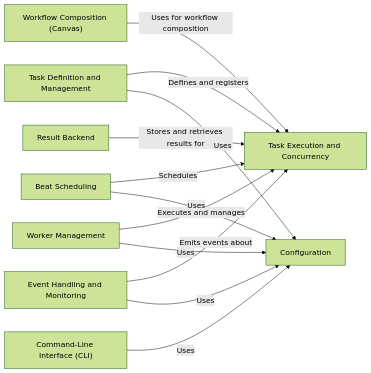
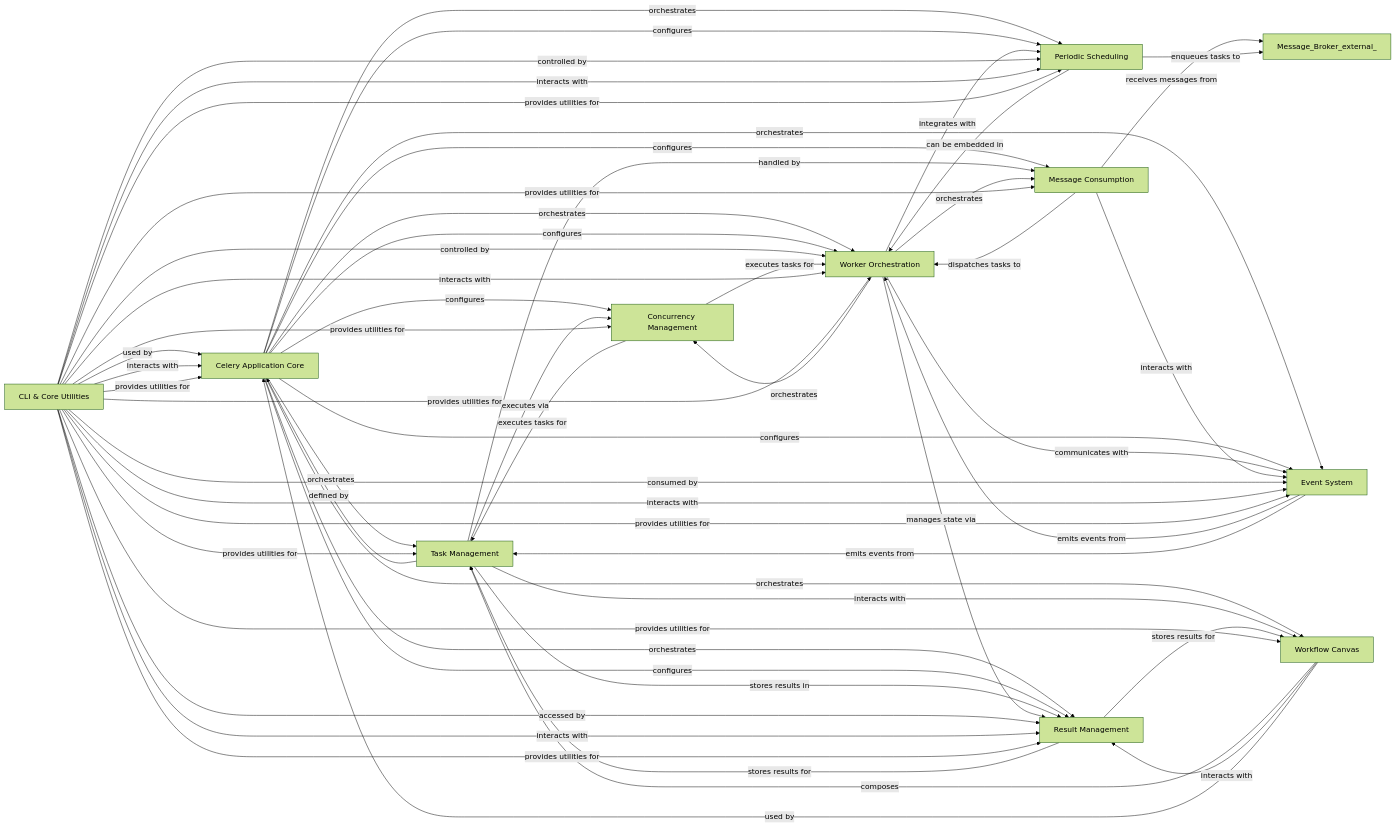
The diagram in celery/on_boarding.md (CodeBoarding/GeneratedOnBoardings), drawn with Mermaid (forest theme) before and after one commit. The commit also changed other lines of this file and 19 other files, not shown here.

````diff
--- a/celery/on_boarding.md
+++ b/celery/on_boarding.md
@@ -1,32 +1,78 @@
 ```mermaid
 graph LR
-    Task_Definition_and_Management["Task Definition and Management"]
-    Task_Execution_and_Concurrency["Task Execution and Concurrency"]
-    Workflow_Composition_Canvas_["Workflow Composition (Canvas)"]
-    Worker_Management["Worker Management"]
-    Beat_Scheduling["Beat Scheduling"]
-    Result_Backend["Result Backend"]
-    Event_Handling_and_Monitoring["Event Handling and Monitoring"]
-    Configuration["Configuration"]
-    Command_Line_Interface_CLI_["Command-Line Interface (CLI)"]
-    Task_Definition_and_Management -- "Defines and registers" --> Task_Execution_and_Concurrency
-    Workflow_Composition_Canvas_ -- "Uses for workflow composition" --> Task_Execution_and_Concurrency
-    Worker_Management -- "Executes and manages" --> Task_Execution_and_Concurrency
-    Beat_Scheduling -- "Schedules" --> Task_Execution_and_Concurrency
-    Result_Backend -- "Stores and retrieves results for" --> Task_Execution_and_Concurrency
-    Event_Handling_and_Monitoring -- "Emits events about" --> Task_Execution_and_Concurrency
-    Task_Definition_and_Management -- "Uses" --> Configuration
-    Beat_Scheduling -- "Uses" --> Configuration
-    Event_Handling_and_Monitoring -- "Uses" --> Configuration
-    Command_Line_Interface_CLI_ -- "Uses" --> Configuration
-    Worker_Management -- "Uses" --> Configuration
-    click Task_Definition_and_Management href "https://github.com/CodeBoarding/GeneratedOnBoardings/blob/main/celery/Task Definition and Management.md" "Details"
-    click Task_Execution_and_Concurrency href "https://github.com/CodeBoarding/GeneratedOnBoardings/blob/main/celery/Task Execution and Concurrency.md" "Details"
-    click Workflow_Composition_Canvas_ href "https://github.com/CodeBoarding/GeneratedOnBoardings/blob/main/celery/Workflow Composition (Canvas).md" "Details"
-    click Worker_Management href "https://github.com/CodeBoarding/GeneratedOnBoardings/blob/main/celery/Worker Management.md" "Details"
-    click Beat_Scheduling href "https://github.com/CodeBoarding/GeneratedOnBoardings/blob/main/celery/Beat Scheduling.md" "Details"
-    click Result_Backend href "https://github.com/CodeBoarding/GeneratedOnBoardings/blob/main/celery/Result Backend.md" "Details"
-    click Event_Handling_and_Monitoring href "https://github.com/CodeBoarding/GeneratedOnBoardings/blob/main/celery/Event Handling and Monitoring.md" "Details"
-    click Configuration href "https://github.com/CodeBoarding/GeneratedOnBoardings/blob/main/celery/Configuration.md" "Details"
-    click Command_Line_Interface_CLI_ href "https://github.com/CodeBoarding/GeneratedOnBoardings/blob/main/celery/Command-Line Interface (CLI).md" "Details"
+    Celery_Application_Core["Celery Application Core"]
+    Task_Management["Task Management"]
+    Worker_Orchestration["Worker Orchestration"]
+    Message_Consumption["Message Consumption"]
+    Concurrency_Management["Concurrency Management"]
+    Result_Management["Result Management"]
+    Periodic_Scheduling["Periodic Scheduling"]
+    Workflow_Canvas["Workflow Canvas"]
+    Event_System["Event System"]
+    CLI_Core_Utilities["CLI & Core Utilities"]
+    Celery_Application_Core -- "orchestrates" --> Task_Management
+    Celery_Application_Core -- "orchestrates" --> Result_Management
+    Celery_Application_Core -- "orchestrates" --> Periodic_Scheduling
+    Celery_Application_Core -- "orchestrates" --> Workflow_Canvas
+    Celery_Application_Core -- "orchestrates" --> Event_System
+    Celery_Application_Core -- "orchestrates" --> Worker_Orchestration
+    Celery_Application_Core -- "configures" --> Worker_Orchestration
+    Celery_Application_Core -- "configures" --> Message_Consumption
+    Celery_Application_Core -- "configures" --> Concurrency_Management
+    Celery_Application_Core -- "configures" --> Result_Management
+    Celery_Application_Core -- "configures" --> Periodic_Scheduling
+    Celery_Application_Core -- "configures" --> Event_System
+    CLI_Core_Utilities -- "used by" --> Celery_Application_Core
+    Task_Management -- "defined by" --> Celery_Application_Core
+    Task_Management -- "executes via" --> Concurrency_Management
+    Task_Management -- "stores results in" --> Result_Management
+    Task_Management -- "interacts with" --> Workflow_Canvas
+    Task_Management -- "handled by" --> Message_Consumption
+    Worker_Orchestration -- "orchestrates" --> Message_Consumption
+    Worker_Orchestration -- "orchestrates" --> Concurrency_Management
+    Worker_Orchestration -- "integrates with" --> Periodic_Scheduling
+    Worker_Orchestration -- "communicates with" --> Event_System
+    Worker_Orchestration -- "manages state via" --> Result_Management
+    CLI_Core_Utilities -- "controlled by" --> Worker_Orchestration
+    Message_Consumption -- "receives messages from" --> Message_Broker_external_
+    Message_Consumption -- "dispatches tasks to" --> Worker_Orchestration
+    Message_Consumption -- "interacts with" --> Event_System
+    Concurrency_Management -- "executes tasks for" --> Worker_Orchestration
+    Concurrency_Management -- "executes tasks for" --> Task_Management
+    Result_Management -- "stores results for" --> Task_Management
+    Result_Management -- "stores results for" --> Workflow_Canvas
+    CLI_Core_Utilities -- "accessed by" --> Result_Management
+    Periodic_Scheduling -- "enqueues tasks to" --> Message_Broker_external_
+    Periodic_Scheduling -- "can be embedded in" --> Worker_Orchestration
+    CLI_Core_Utilities -- "controlled by" --> Periodic_Scheduling
+    Workflow_Canvas -- "composes" --> Task_Management
+    Workflow_Canvas -- "interacts with" --> Result_Management
+    Workflow_Canvas -- "used by" --> Celery_Application_Core
+    Event_System -- "emits events from" --> Worker_Orchestration
+    Event_System -- "emits events from" --> Task_Management
+    CLI_Core_Utilities -- "consumed by" --> Event_System
+    CLI_Core_Utilities -- "interacts with" --> Celery_Application_Core
+    CLI_Core_Utilities -- "interacts with" --> Worker_Orchestration
+    CLI_Core_Utilities -- "interacts with" --> Periodic_Scheduling
+    CLI_Core_Utilities -- "interacts with" --> Event_System
+    CLI_Core_Utilities -- "interacts with" --> Result_Management
+    CLI_Core_Utilities -- "provides utilities for" --> Celery_Application_Core
+    CLI_Core_Utilities -- "provides utilities for" --> Task_Management
+    CLI_Core_Utilities -- "provides utilities for" --> Worker_Orchestration
+    CLI_Core_Utilities -- "provides utilities for" --> Message_Consumption
+    CLI_Core_Utilities -- "provides utilities for" --> Concurrency_Management
+    CLI_Core_Utilities -- "provides utilities for" --> Result_Management
+    CLI_Core_Utilities -- "provides utilities for" --> Periodic_Scheduling
+    CLI_Core_Utilities -- "provides utilities for" --> Workflow_Canvas
+    CLI_Core_Utilities -- "provides utilities for" --> Event_System
+    click Celery_Application_Core href "https://github.com/CodeBoarding/GeneratedOnBoardings/blob/main/celery/Celery Application Core.md" "Details"
+    click Task_Management href "https://github.com/CodeBoarding/GeneratedOnBoardings/blob/main/celery/Task Management.md" "Details"
+    click Worker_Orchestration href "https://github.com/CodeBoarding/GeneratedOnBoardings/blob/main/celery/Worker Orchestration.md" "Details"
+    click Message_Consumption href "https://github.com/CodeBoarding/GeneratedOnBoardings/blob/main/celery/Message Consumption.md" "Details"
+    click Concurrency_Management href "https://github.com/CodeBoarding/GeneratedOnBoardings/blob/main/celery/Concurrency Management.md" "Details"
+    click Result_Management href "https://github.com/CodeBoarding/GeneratedOnBoardings/blob/main/celery/Result Management.md" "Details"
+    click Periodic_Scheduling href "https://github.com/CodeBoarding/GeneratedOnBoardings/blob/main/celery/Periodic Scheduling.md" "Details"
+    click Workflow_Canvas href "https://github.com/CodeBoarding/GeneratedOnBoardings/blob/main/celery/Workflow Canvas.md" "Details"
+    click Event_System href "https://github.com/CodeBoarding/GeneratedOnBoardings/blob/main/celery/Event System.md" "Details"
+    click CLI_Core_Utilities href "https://github.com/CodeBoarding/GeneratedOnBoardings/blob/main/celery/CLI & Core Utilities.md" "Details"
 ```
````
